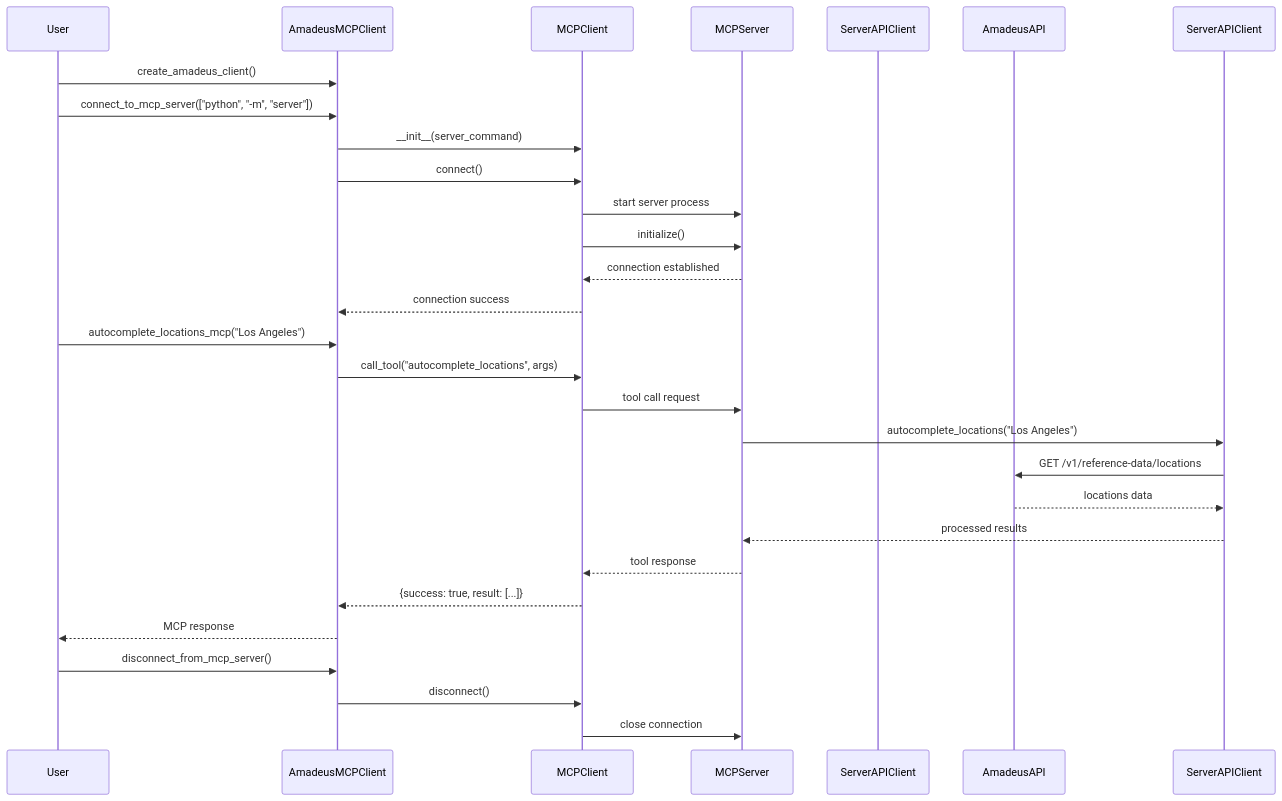
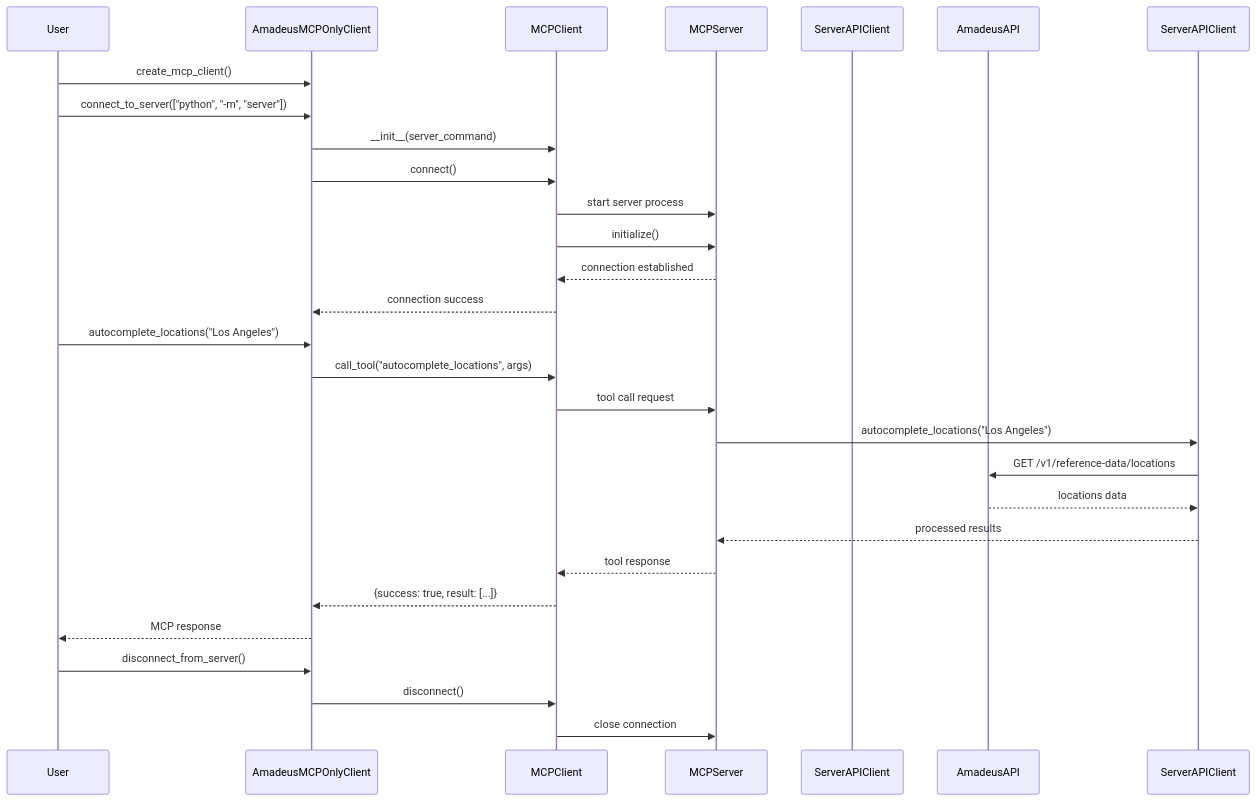
One commit to jtuchinsky/LangGraph-Sandbox changed the third of 7 diagrams in docs/amadeus_sequence_diagram.md. Above: the diagram before and after it, drawn with Mermaid. The commit also changed other lines of this file and 2 other files, not shown here.

First line of the commit message:
Update Amadeus documentation to reflect refactored architecture

````diff
--- a/docs/amadeus_sequence_diagram.md
+++ b/docs/amadeus_sequence_diagram.md
@@ -39,34 +68,34 @@
 ```mermaid
 sequenceDiagram
     participant User
-    participant AmadeusMCPClient
+    participant AmadeusMCPOnlyClient
     participant MCPClient
     participant MCPServer
-    participant AmadeusAPIClient as ServerAPIClient
+    participant AmadeusDirectClient as ServerAPIClient
     participant AmadeusAPI
 
-    User->>AmadeusMCPClient: create_amadeus_client()
-    User->>AmadeusMCPClient: connect_to_mcp_server(["python", "-m", "server"])
-    AmadeusMCPClient->>MCPClient: __init__(server_command)
-    AmadeusMCPClient->>MCPClient: connect()
+    User->>AmadeusMCPOnlyClient: create_mcp_client()
+    User->>AmadeusMCPOnlyClient: connect_to_server(["python", "-m", "server"])
+    AmadeusMCPOnlyClient->>MCPClient: __init__(server_command)
+    AmadeusMCPOnlyClient->>MCPClient: connect()
     MCPClient->>MCPServer: start server process
     MCPClient->>MCPServer: initialize()
     MCPServer-->>MCPClient: connection established
-    MCPClient-->>AmadeusMCPClient: connection success
+    MCPClient-->>AmadeusMCPOnlyClient: connection success
     
-    User->>AmadeusMCPClient: autocomplete_locations_mcp("Los Angeles")
-    AmadeusMCPClient->>MCPClient: call_tool("autocomplete_locations", args)
+    User->>AmadeusMCPOnlyClient: autocomplete_locations("Los Angeles")
+    AmadeusMCPOnlyClient->>MCPClient: call_tool("autocomplete_locations", args)
     MCPClient->>MCPServer: tool call request
     MCPServer->>ServerAPIClient: autocomplete_locations("Los Angeles")
     
     ServerAPIClient->>AmadeusAPI: GET /v1/reference-data/locations
     AmadeusAPI-->>ServerAPIClient: locations data
     ServerAPIClient-->>MCPServer: processed results
     MCPServer-->>MCPClient: tool response
-    MCPClient-->>AmadeusMCPClient: {success: true, result: [...]}
-    AmadeusMCPClient-->>User: MCP response
+    MCPClient-->>AmadeusMCPOnlyClient: {success: true, result: [...]}
+    AmadeusMCPOnlyClient-->>User: MCP response
     
-    User->>AmadeusMCPClient: disconnect_from_mcp_server()
-    AmadeusMCPClient->>MCPClient: disconnect()
+    User->>AmadeusMCPOnlyClient: disconnect_from_server()
+    AmadeusMCPOnlyClient->>MCPClient: disconnect()
     MCPClient->>MCPServer: close connection
 ```
````
